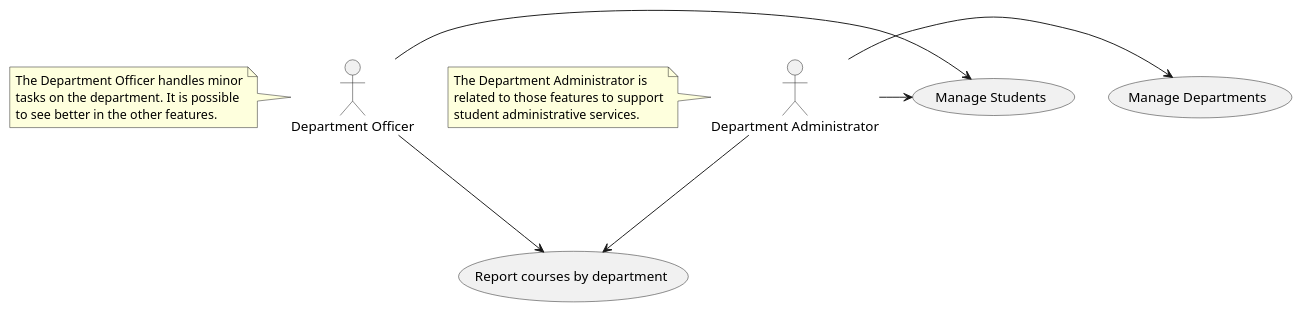
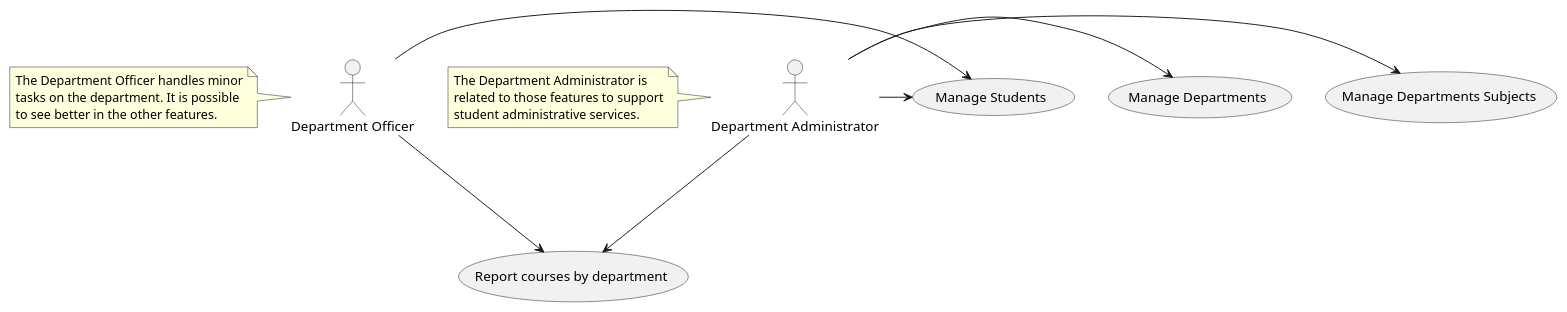
Before and after one commit to tnfigueiredo/living-doc-kotlin-spring-sample: the diagram in docs/departments-use-cases.puml, drawn with PlantUML. The commit also changed 2 other files, not shown here.

```diff
--- a/docs/departments-use-cases.puml
+++ b/docs/departments-use-cases.puml
@@ -1,25 +1,26 @@
 @startuml
 'https://plantuml.com/use-case-diagram
 
 :Department Administrator: as Admin
 :Department Officer: as Officer
 
+Admin -> (Manage Departments Subjects)
 Admin -> (Manage Departments)
 Admin -> (Manage Students)
 Officer -> (Manage Students)
 Admin ---> (Report courses by department)
 Officer ---> (Report courses by department)
 
 note left of (Admin)
 The Department Administrator is
 related to those features to support
 student administrative services.
 end note
 
 note left of (Officer)
 The Department Officer handles minor
 tasks on the department. It is possible
 to see better in the other features.
 end note
 
 @enduml
```
